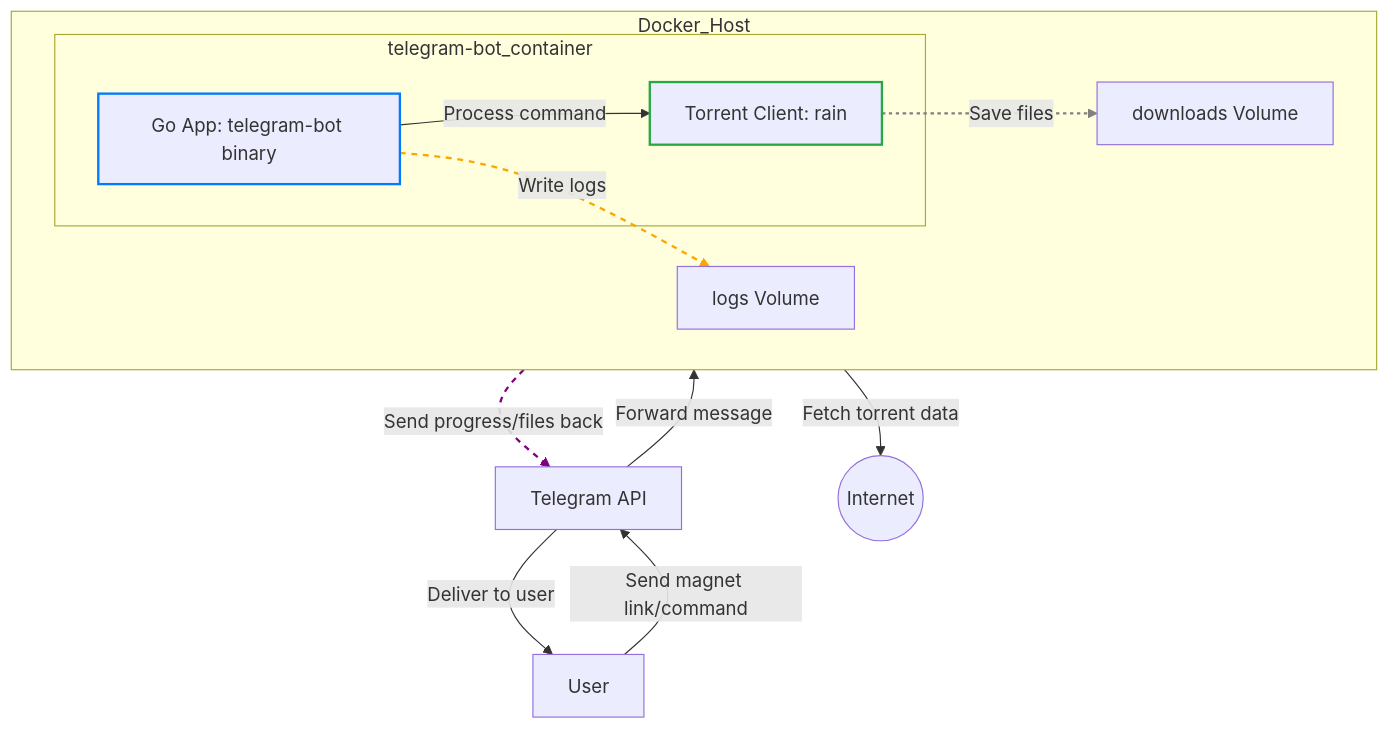
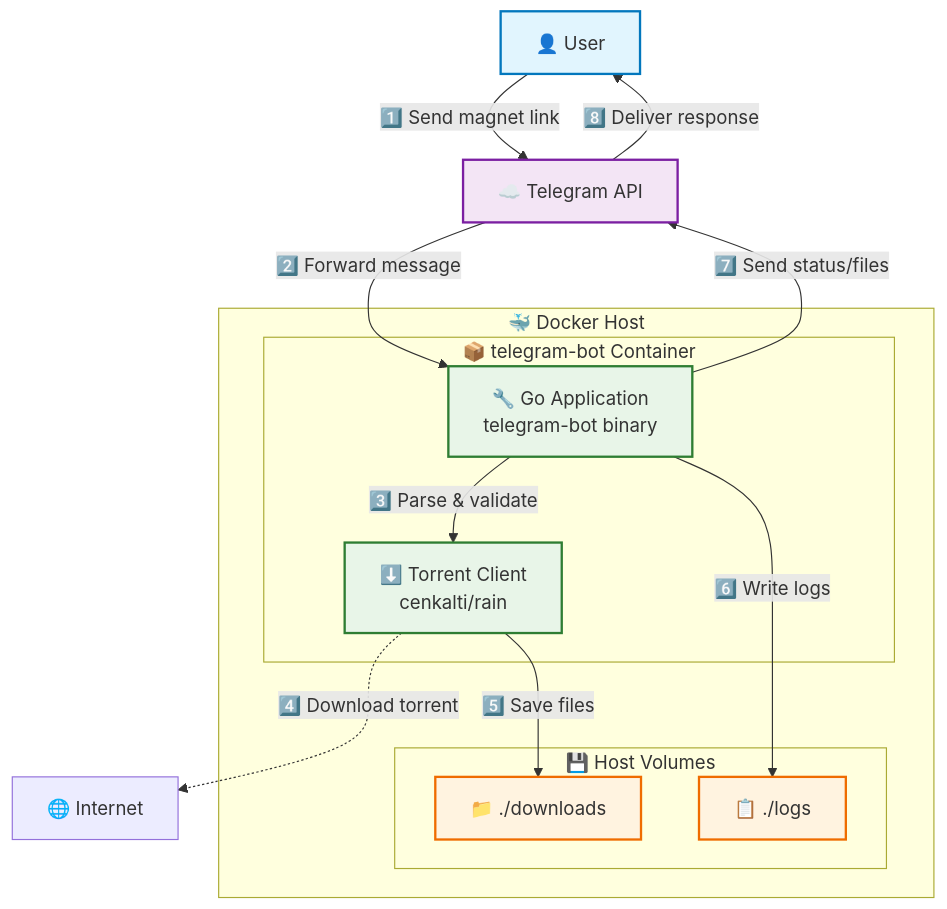
Before and after one commit to NisoD/torrent-bot-telegram: the diagram in README.md, drawn with Mermaid.

````diff
--- a/README.md
+++ b/README.md
@@ -35,32 +35,41 @@
 ```mermaid
-graph TD
-    A[User]
-    B[Telegram API]
-
-    subgraph Docker_Host
-        direction LR
-        subgraph telegram-bot_container
-            C[Go App: telegram-bot binary]
-            D[Torrent Client: rain]
+graph TB
+    %% External actors
+    User[👤 User]
+    TelegramAPI[☁️ Telegram API]
+    Internet[🌐 Internet]
+    
+    %% Docker environment
+    subgraph Docker["🐳 Docker Host"]
+        subgraph Container["📦 telegram-bot Container"]
+            GoApp[🔧 Go Application<br/>telegram-bot binary]
+            TorrentClient[⬇️ Torrent Client<br/>cenkalti/rain]
         end
-        V1[downloads Volume]
-        V2[logs Volume]
+        
+        subgraph Volumes["💾 Host Volumes"]
+            Downloads[📁 ./downloads]
+            Logs[📋 ./logs]
+        end
     end
-
-    %% Define interactions (no list-like labels)
-    A -- "Send magnet link/command" --> B
-    B -- "Forward message" --> C
-    C -- "Process command" --> D
-    D -- "Fetch torrent data" --> E((Internet))
-    D -- "Save files" --> V1
-    C -- "Write logs" --> V2
-    C -- "Send progress/files back" --> B
-    B -- "Deliver to user" --> A
-
+    
+    %% Flow steps
+    User -->|"1️⃣ Send magnet link"| TelegramAPI
+    TelegramAPI -->|"2️⃣ Forward message"| GoApp
+    GoApp -->|"3️⃣ Parse & validate"| TorrentClient
+    TorrentClient -.->|"4️⃣ Download torrent"| Internet
+    TorrentClient -->|"5️⃣ Save files"| Downloads
+    GoApp -->|"6️⃣ Write logs"| Logs
+    GoApp -->|"7️⃣ Send status/files"| TelegramAPI
+    TelegramAPI -->|"8️⃣ Deliver response"| User
+    
     %% Styling
-    style C stroke-width:2px, stroke:#007BFF
-    style D stroke-width:2px, stroke:#28a745
-    linkStyle 4 stroke-width:2px,stroke:grey,stroke-dasharray: 3 3
-    linkStyle 5 stroke-width:2px,stroke:orange,stroke-dasharray: 5 5
-    linkStyle 6 stroke-width:2px,stroke:purple,stroke-dasharray: 5 5
+    classDef userStyle fill:#e1f5fe,stroke:#0277bd,stroke-width:2px
+    classDef apiStyle fill:#f3e5f5,stroke:#7b1fa2,stroke-width:2px
+    classDef appStyle fill:#e8f5e8,stroke:#2e7d32,stroke-width:2px
+    classDef storageStyle fill:#fff3e0,stroke:#ef6c00,stroke-width:2px
+    
+    class User userStyle
+    class TelegramAPI apiStyle
+    class GoApp,TorrentClient appStyle
+    class Downloads,Logs storageStyle
 ```
````
